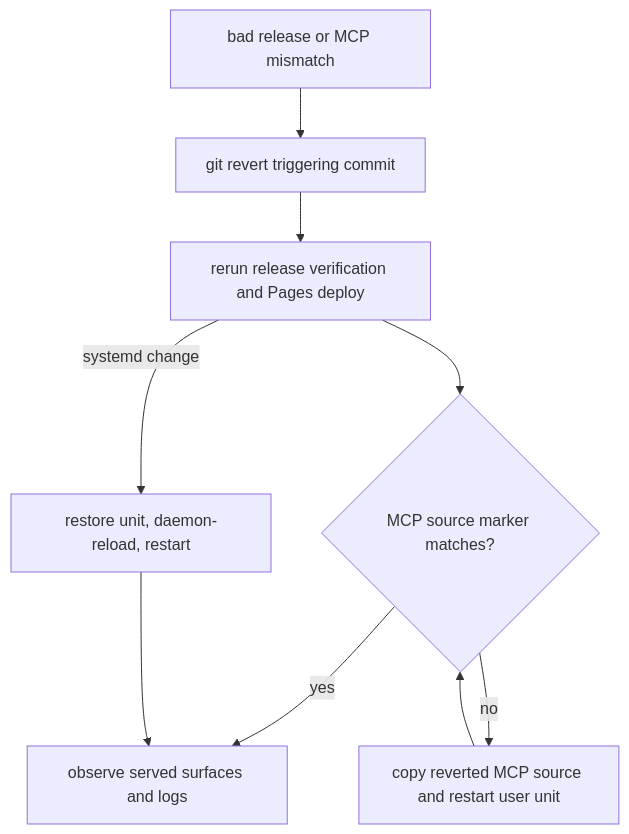
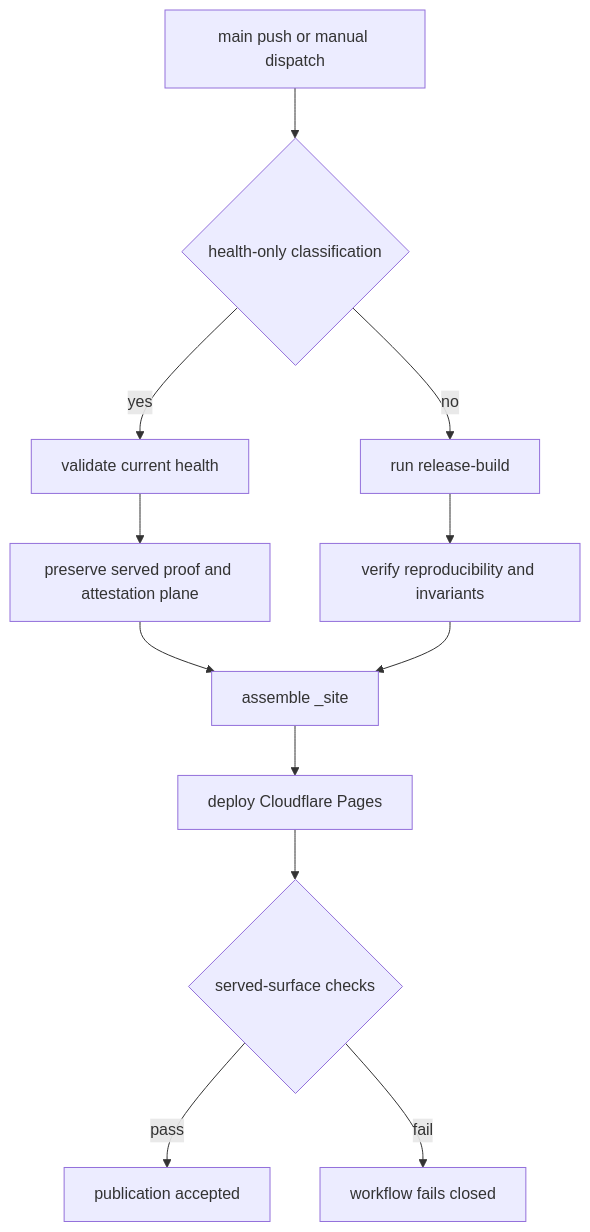
Before and after one commit to r3dz4r/datapulse-my: the second of 2 diagrams in openwiki/operations.md, drawn with Mermaid. The commit also changed other lines of this file and 4 other files, not shown here.

````diff
--- a/openwiki/operations.md
+++ b/openwiki/operations.md
@@ -253,11 +135,14 @@
 ```mermaid
 flowchart TD
-    R[bad release or MCP mismatch] --> V[git revert triggering commit]
-    V --> W[rerun release verification and Pages deploy]
-    W --> S{MCP source marker matches?}
-    S -->|yes| O[observe served surfaces and logs]
-    S -->|no| M[copy reverted MCP source and restart user unit]
-    M --> S
-    W -->|systemd change| U[restore unit, daemon-reload, restart]
-    U --> O
+    A[main push or manual dispatch] --> B{"health-only classification"}
+    B -->|yes| C[validate current health]
+    C --> D[preserve served proof and attestation plane]
+    B -->|no| E[run release-build]
+    E --> F[verify reproducibility and invariants]
+    D --> G[assemble _site]
+    F --> G
+    G --> H[deploy Cloudflare Pages]
+    H --> I{"served-surface checks"}
+    I -->|pass| J[publication accepted]
+    I -->|fail| K[workflow fails closed]
 ```
````
